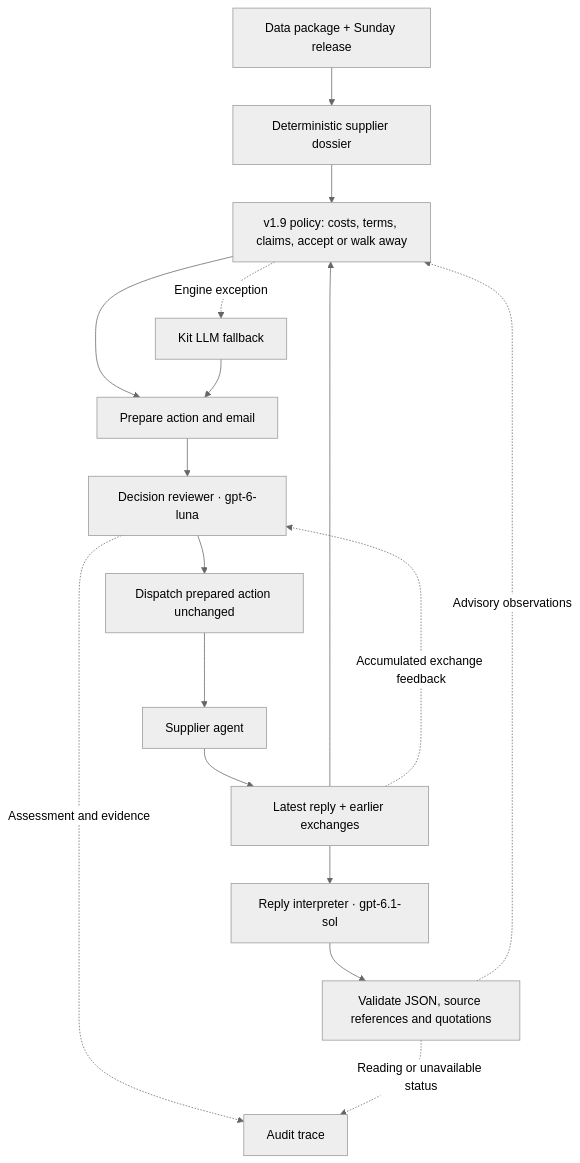
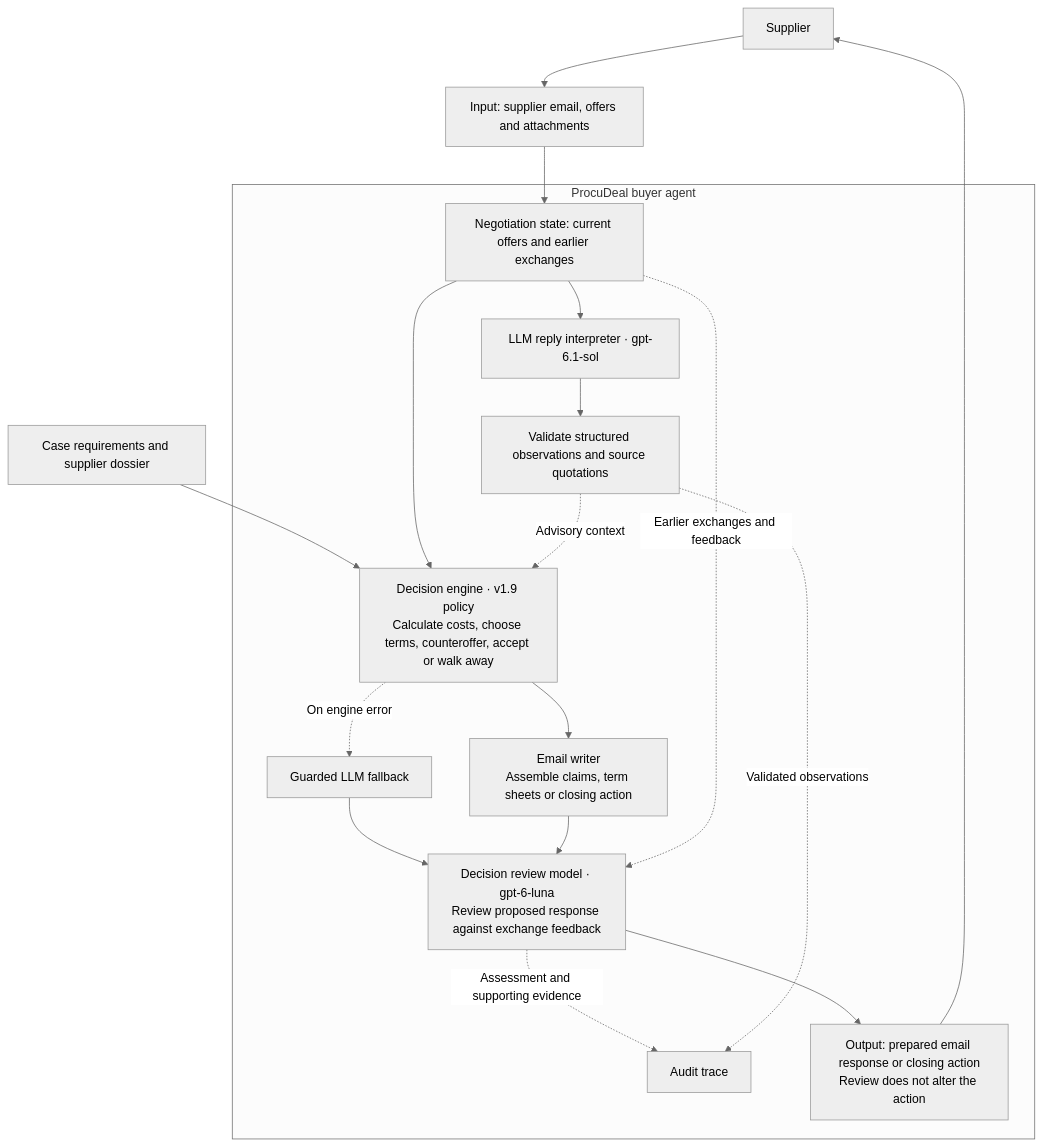
One commit to Jaseelkt007/tacto-buyer-agent changed the diagram in README.md. Above: the diagram before and after it, drawn with Mermaid (neutral theme). The commit also changed other lines of this file, not shown here.

Commit message:
Simplify README with architecture, team, and final-run instructions

````diff
--- a/README.md
+++ b/README.md
@@ -113,19 +11,23 @@
 ```mermaid
 flowchart TD
-    Data["Data package + Sunday release"] --> Dossier["Deterministic supplier dossier"]
-    Supplier["Supplier agent"] --> History["Latest reply + earlier exchanges"]
-    History --> Interpreter["Reply interpreter · gpt-6.1-sol"]
-    Interpreter --> Validation["Validate JSON, source references and quotations"]
-    Validation -. "Advisory observations" .-> Policy
-    History --> Policy["v1.9 policy: costs, terms, claims, accept or walk away"]
-    Dossier --> Policy
-    Policy --> Action["Prepare action and email"]
-    Policy -. "Engine exception" .-> Fallback["Kit LLM fallback"]
-    Fallback --> Action
-    Action --> Reviewer["Decision reviewer · gpt-6-luna"]
-    History -. "Accumulated exchange feedback" .-> Reviewer
-    Reviewer -. "Assessment and evidence" .-> Trace["Audit trace"]
-    Validation -. "Reading or unavailable status" .-> Trace
-    Reviewer --> Dispatch["Dispatch prepared action unchanged"]
-    Dispatch --> Supplier
+    Supplier["Supplier"] --> Input["Input: supplier email, offers and attachments"]
+    Input --> State["Negotiation state: current offers and earlier exchanges"]
+    Context["Case requirements and supplier dossier"] --> Policy
+
+    subgraph Buyer["ProcuDeal buyer agent"]
+        State --> Interpreter["LLM reply interpreter · gpt-6.1-sol"]
+        Interpreter --> Validate["Validate structured observations and source quotations"]
+        State --> Policy["Decision engine · v1.9 policy<br/>Calculate costs, choose terms, counteroffer, accept or walk away"]
+        Validate -. "Advisory context" .-> Policy
+        Policy --> Writer["Email writer<br/>Assemble claims, term sheets or closing action"]
+        Policy -. "On engine error" .-> Fallback["Guarded LLM fallback"]
+        Fallback --> Review
+        Writer --> Review["Decision review model · gpt-6-luna<br/>Review proposed response against exchange feedback"]
+        State -. "Earlier exchanges and feedback" .-> Review
+        Review -. "Assessment and supporting evidence" .-> Audit["Audit trace"]
+        Validate -. "Validated observations" .-> Audit
+        Review --> Response["Output: prepared email response or closing action<br/>Review does not alter the action"]
+    end
+
+    Response --> Supplier
 ```
````
